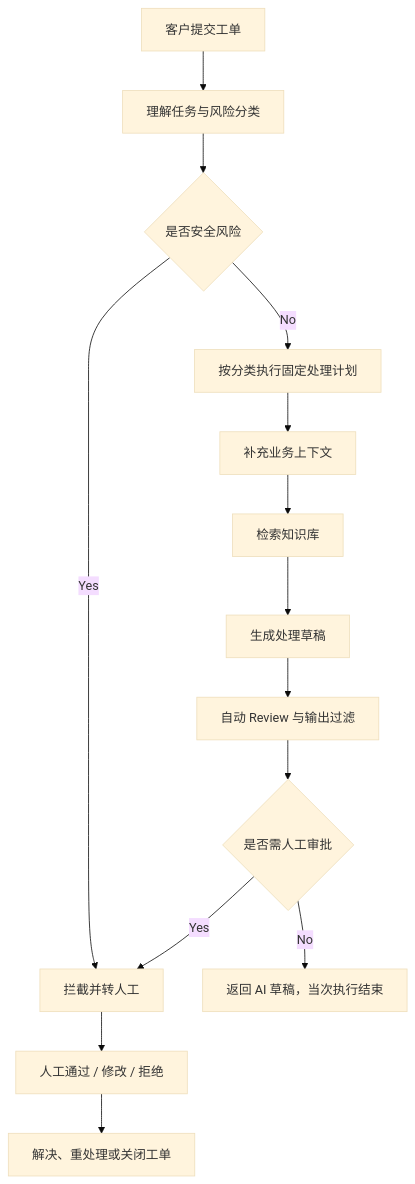
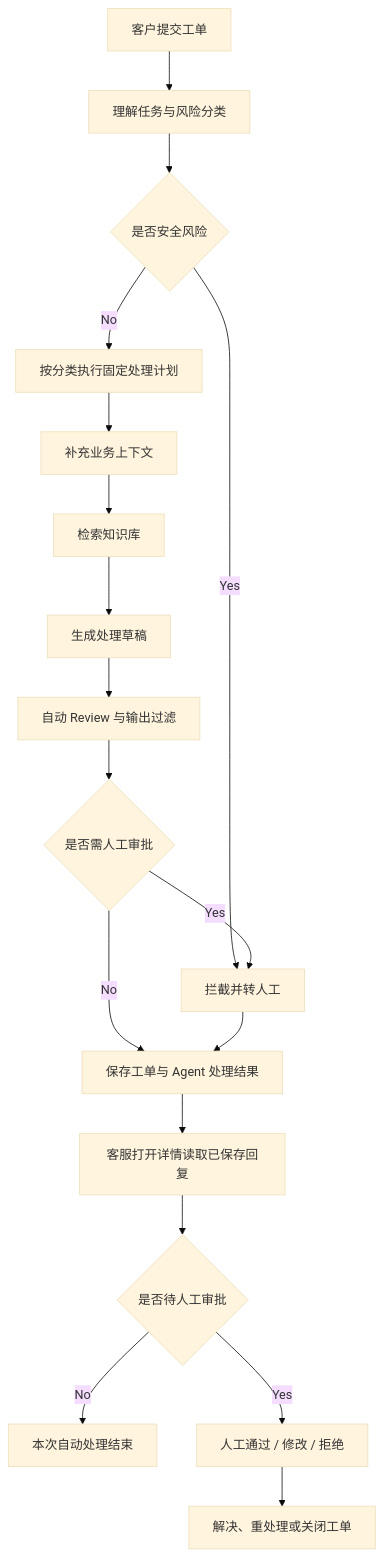
Before and after one commit to sulik0/support-gpt-enterprise-resume: the diagram in docs/ai/02_BUSINESS_LOGIC.md, drawn with Mermaid (base theme). The commit also changed other lines of this file and 11 other files, not shown here.

Commit message:
fix: persist agent results when tickets are created

````diff
--- a/docs/ai/02_BUSINESS_LOGIC.md
+++ b/docs/ai/02_BUSINESS_LOGIC.md
@@ -20,16 +20,20 @@
 ```mermaid
 flowchart TD
     Start[客户提交工单] --> Understand[理解任务与风险分类]
     Understand --> Security{是否安全风险}
     Security -->|Yes| Escalate[拦截并转人工]
     Security -->|No| Plan[按分类执行固定处理计划]
     Plan --> Context[补充业务上下文]
     Context --> Retrieve[检索知识库]
     Retrieve --> Draft[生成处理草稿]
     Draft --> Review[自动 Review 与输出过滤]
     Review --> Risk{是否需人工审批}
-    Risk -->|No| Return[返回 AI 草稿，当次执行结束]
+    Risk -->|No| Persist[保存工单与 Agent 处理结果]
     Risk -->|Yes| Escalate
-    Escalate --> Human[人工通过 / 修改 / 拒绝]
+    Escalate --> Persist
+    Persist --> View[客服打开详情读取已保存回复]
+    View --> ReviewNeeded{是否待人工审批}
+    ReviewNeeded -->|No| End[本次自动处理结束]
+    ReviewNeeded -->|Yes| Human[人工通过 / 修改 / 拒绝]
     Human --> Resolve[解决、重处理或关闭工单]
 ```
````
